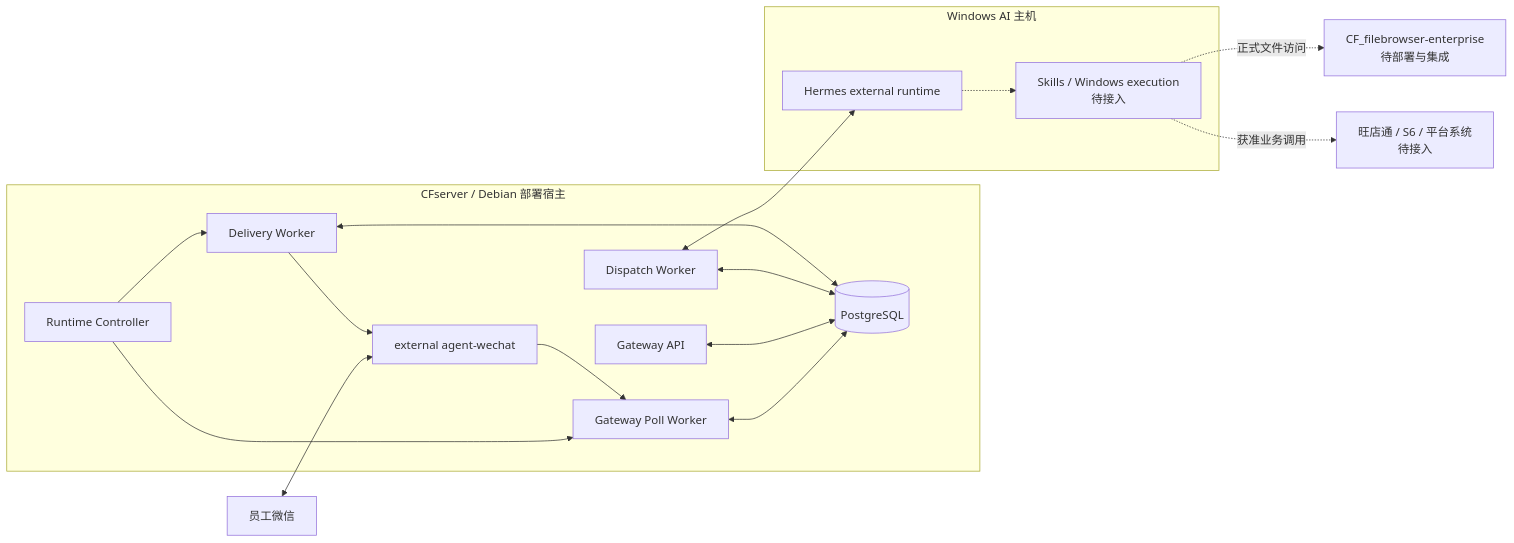
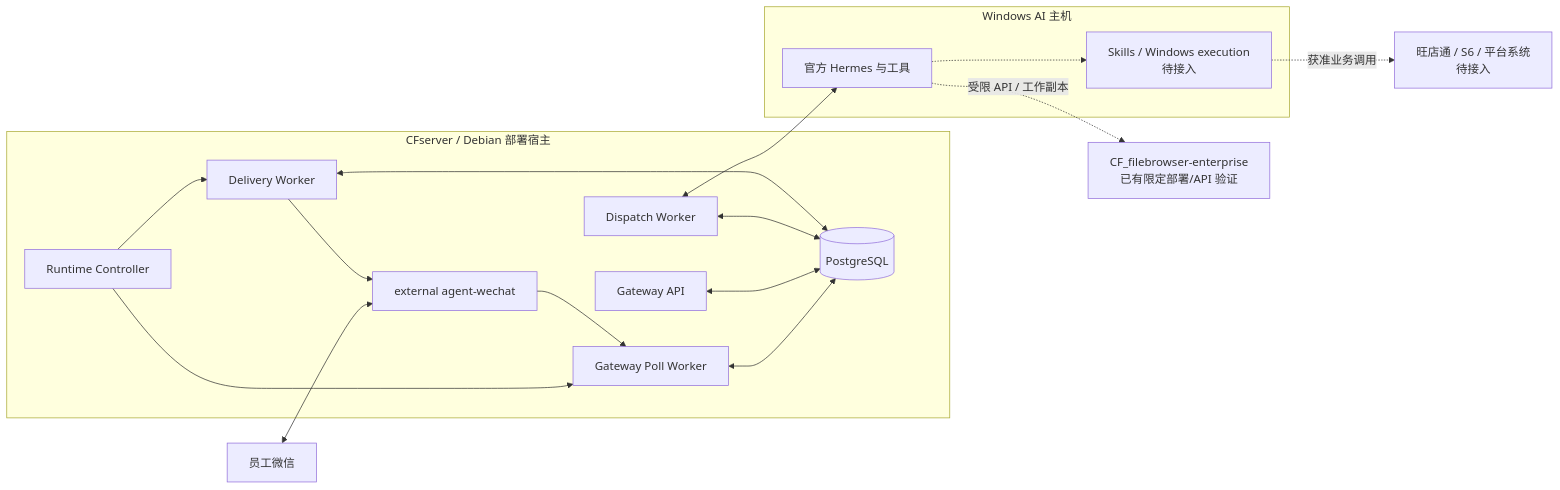
The diagram in architecture/system-architecture.md (Tangbohu09527/CF_ecommerce-automation-docs), drawn with Mermaid before and after one commit. The commit also changed other lines of this file and 19 other files, not shown here.

````diff
--- a/architecture/system-architecture.md
+++ b/architecture/system-architecture.md
@@ -17,36 +19,36 @@
 ```mermaid
 flowchart LR
     U["员工微信"]
 
     subgraph CFS["CFserver / Debian 部署宿主"]
         AW["external agent-wechat"]
         PW["Gateway Poll Worker"]
         API["Gateway API"]
         CTL["Runtime Controller"]
         PG[("PostgreSQL")]
         DW["Dispatch Worker"]
         DLW["Delivery Worker"]
         PW <--> PG
         API <--> PG
         CTL --> PW
         CTL --> DLW
         DW <--> PG
         DLW <--> PG
     end
 
     subgraph AI["Windows AI 主机"]
-        H["Hermes external runtime"]
+        H["官方 Hermes 与工具"]
         SK["Skills / Windows execution<br/>待接入"]
         H -.-> SK
     end
 
-    FB["CF_filebrowser-enterprise<br/>待部署与集成"]
+    FB["CF_filebrowser-enterprise<br/>已有限定部署/API 验证"]
     BIZ["旺店通 / S6 / 平台系统<br/>待接入"]
 
     U <--> AW
     AW --> PW
     DW <--> H
     DLW --> AW
-    SK -. "正式文件访问" .-> FB
+    H -. "受限 API / 工作副本" .-> FB
     SK -. "获准业务调用" .-> BIZ
 ```
````
